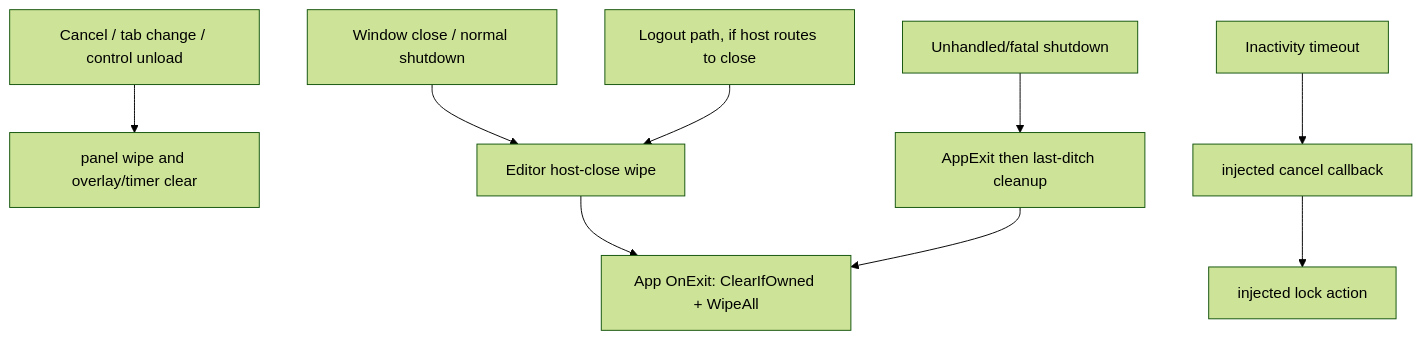
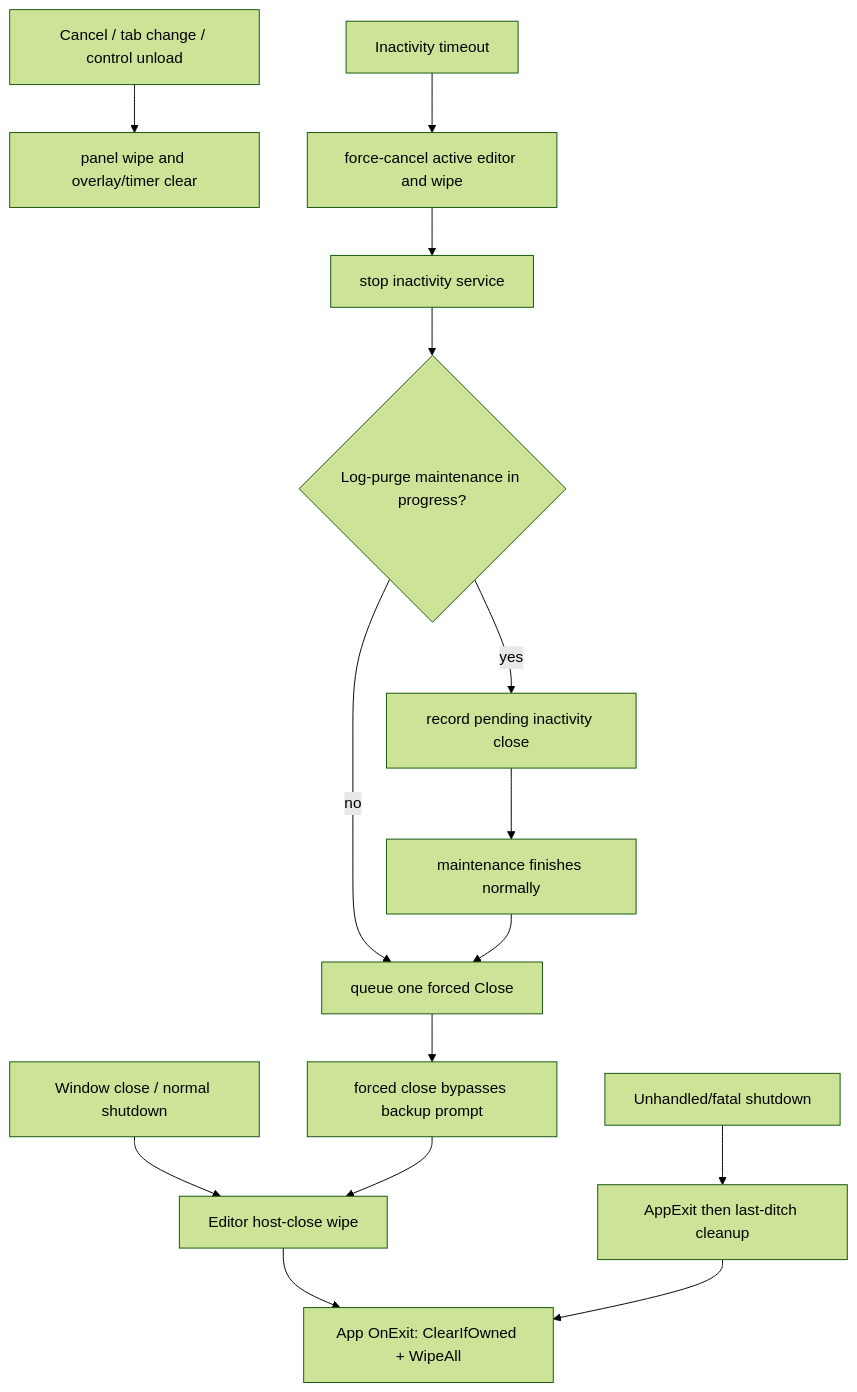
The sixth of 6 diagrams in docs/MWPV_Sensitive_Data_In_Memory_Flow.md (pgmrdlm/MWPV), drawn with Mermaid (forest theme) before and after one commit. The commit also changed other lines of this file, not shown here.

Commit message:
Modified Security flow for previously found security error that was corrected

````diff
--- a/docs/MWPV_Sensitive_Data_In_Memory_Flow.md
+++ b/docs/MWPV_Sensitive_Data_In_Memory_Flow.md
@@ -117,10 +121,14 @@
 ```mermaid
 flowchart TB
   A["Cancel / tab change / control unload"] --> B["panel wipe and overlay/timer clear"]
   C["Window close / normal shutdown"] --> D["Editor host-close wipe"]
   D --> E["App OnExit: ClearIfOwned + WipeAll"]
-  F["Inactivity timeout"] --> G["injected cancel callback"] --> H["injected lock action"]
-  I["Logout path, if host routes to close"] --> D
-  J["Unhandled/fatal shutdown"] --> K["AppExit then last-ditch cleanup"]
-  K --> E
+  F["Inactivity timeout"] --> G["force-cancel active editor and wipe"] --> H["stop inactivity service"]
+  H --> I{"Log-purge maintenance in progress?"}
+  I -->|"no"| J["queue one forced Close"]
+  I -->|"yes"| K["record pending inactivity close"]
+  K --> L["maintenance finishes normally"] --> J
+  J --> M["forced close bypasses backup prompt"] --> D
+  N["Unhandled/fatal shutdown"] --> O["AppExit then last-ditch cleanup"]
+  O --> E
 ```
````
